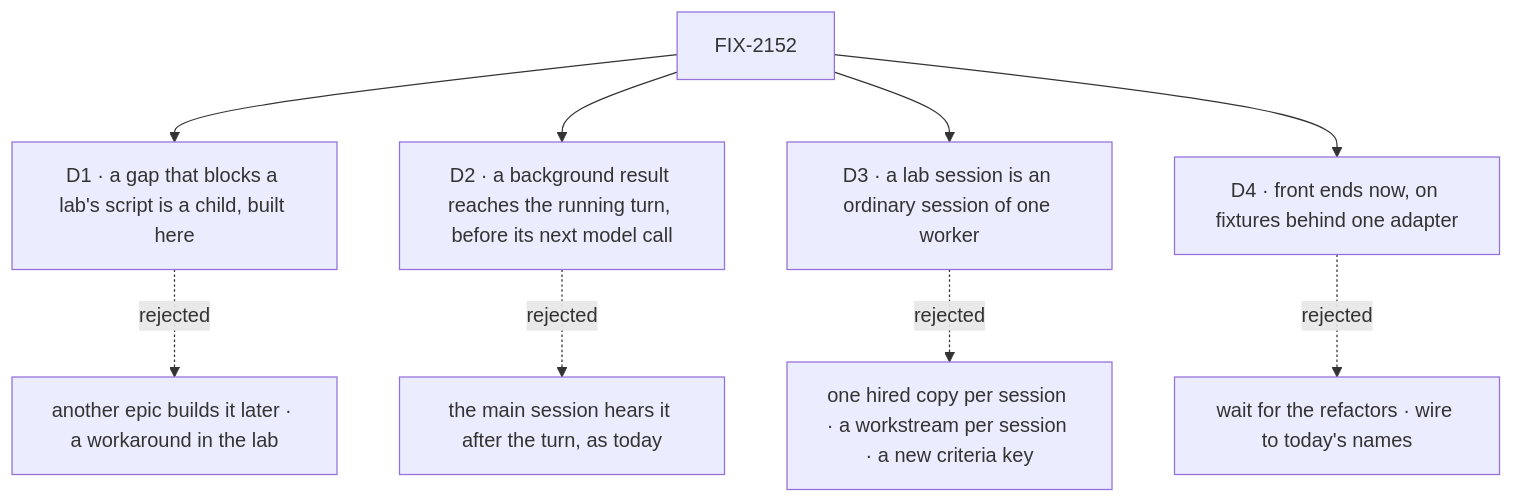
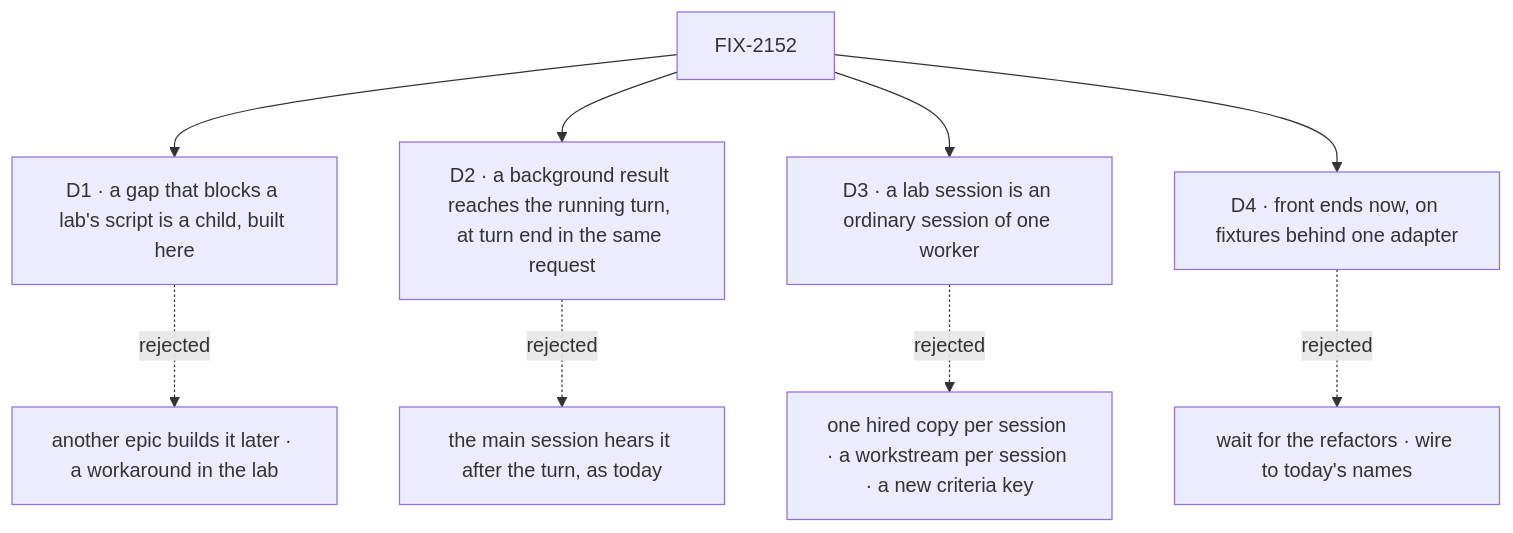
One commit to fixpoint-labs/flow-state-dev changed the diagram in specs/epics/FIX-2152/DECISIONS.md. Above: the diagram before and after it, drawn with Mermaid. The commit also changed other lines of this file and 3 other files, not shown here.

First line of the commit message:
spec(FIX-2152): amend D2, a lab flow runs the loop and FIX-2159 adds the public pieces (#3797)

````diff
--- a/specs/epics/FIX-2152/DECISIONS.md
+++ b/specs/epics/FIX-2152/DECISIONS.md
@@ -13,11 +13,11 @@
 ```mermaid
 flowchart TD
   E["FIX-2152"] --> D1["D1 · a gap that blocks a lab's script is a child, built here"]
   D1 -.->|"rejected"| X1["another epic builds it later · a workaround in the lab"]
-  E --> D2["D2 · a background result reaches the running turn, before its next model call"]
+  E --> D2["D2 · a background result reaches the running turn, at turn end in the same request"]
   D2 -.->|"rejected"| X2["the main session hears it after the turn, as today"]
   E --> D3["D3 · a lab session is an ordinary session of one worker"]
   D3 -.->|"rejected"| X3["one hired copy per session · a workstream per session · a new criteria key"]
   E --> D4["D4 · front ends now, on fixtures behind one adapter"]
   D4 -.->|"rejected"| X4["wait for the refactors · wire to today's names"]
 ```
````
